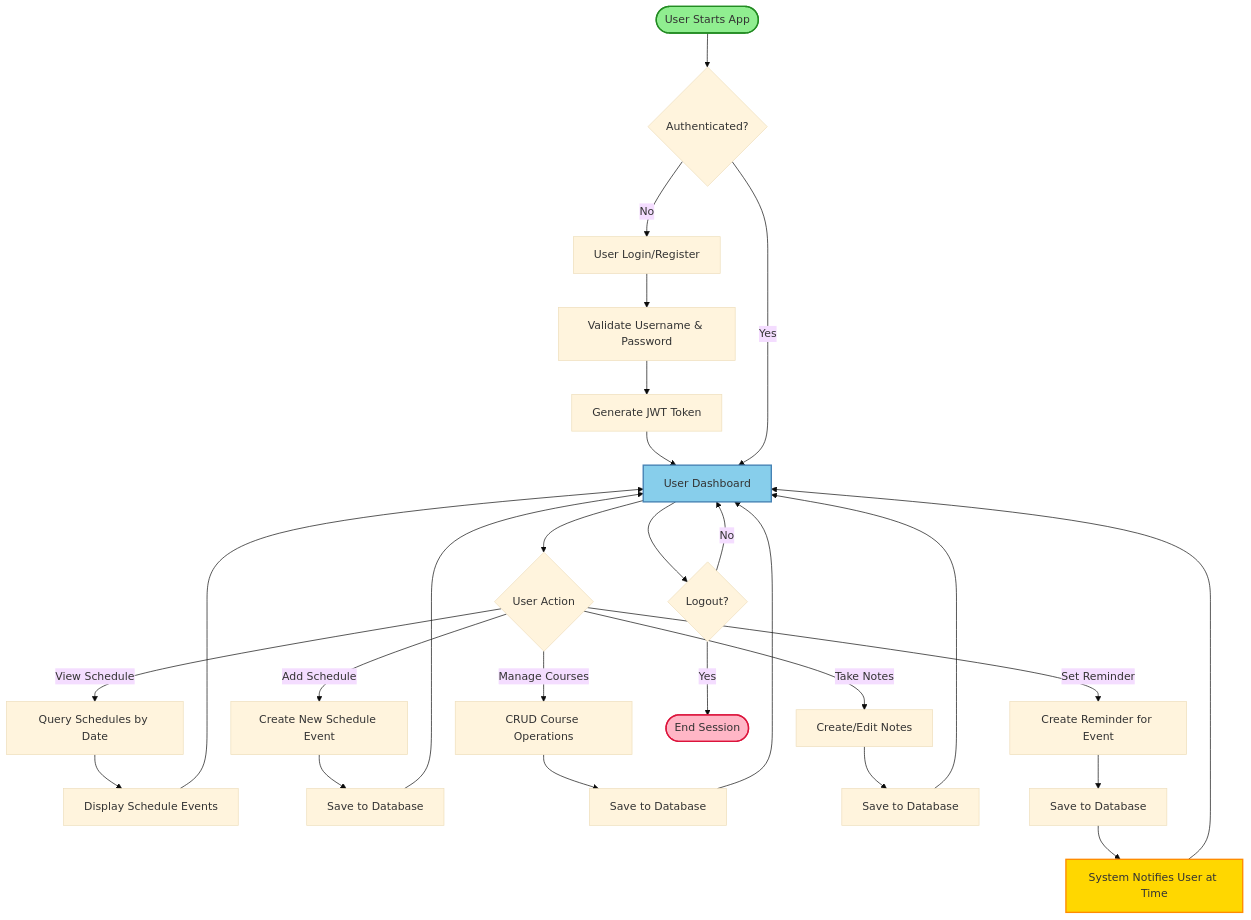
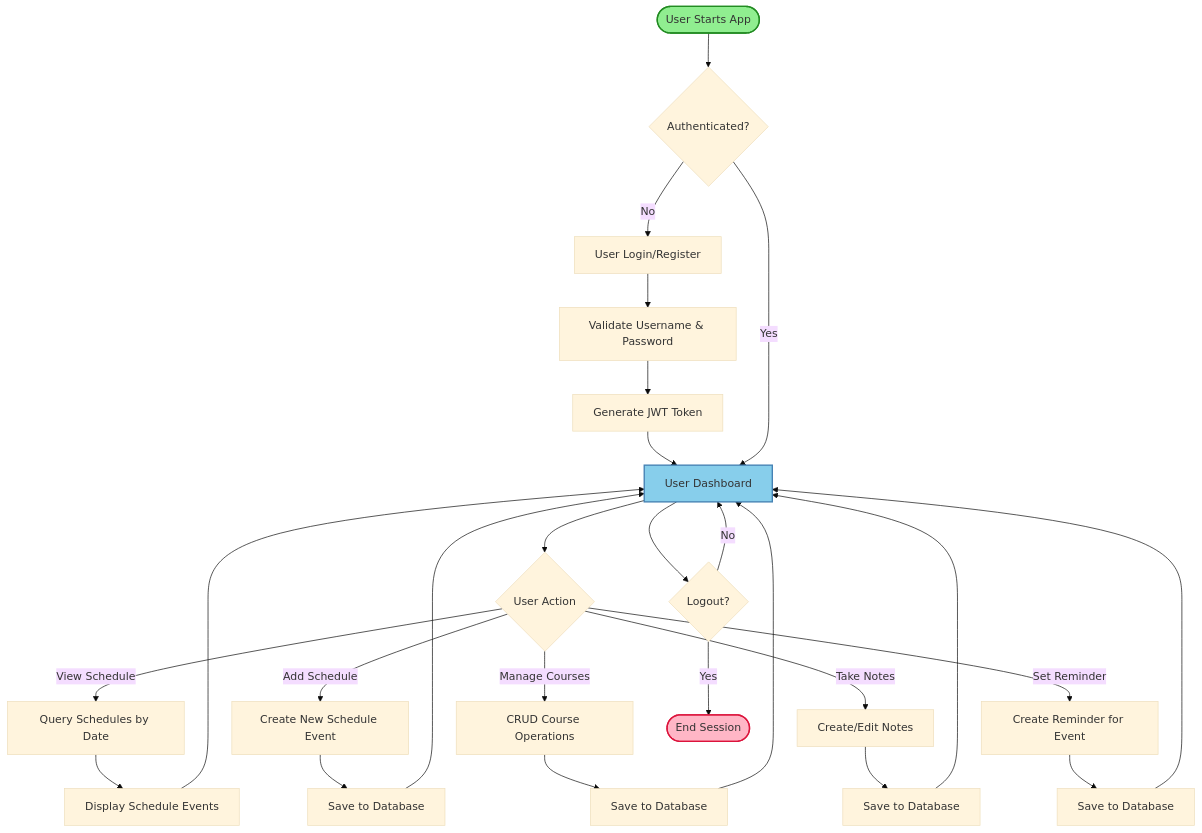
One commit to Dan5N/Chronify_back-end changed the second of 12 diagrams in chronify_system_models_back-end.md. Above: the diagram before and after it, drawn with Mermaid (base theme). The commit also changed other lines of this file and 1 other file, not shown here.

````diff
--- a/chronify_system_models_back-end.md
+++ b/chronify_system_models_back-end.md
@@ -53,41 +51,39 @@
 ```mermaid
 graph TD
     Start([User Starts App]) --> Auth{Authenticated?}
     Auth -->|No| Login[User Login/Register]
     Login --> ValidateUser[Validate Username & Password]
     ValidateUser --> GenerateToken[Generate JWT Token]
     GenerateToken --> Dashboard[User Dashboard]
     Auth -->|Yes| Dashboard
-    
+  
     Dashboard --> Choice{User Action}
-    
+  
     Choice -->|View Schedule| ViewSchedule[Query Schedules by Date]
     ViewSchedule --> DisplaySchedule[Display Schedule Events]
     DisplaySchedule --> Dashboard
-    
+  
     Choice -->|Add Schedule| AddSchedule[Create New Schedule Event]
     AddSchedule --> SaveToDB[Save to Database]
     SaveToDB --> Dashboard
-    
+  
     Choice -->|Manage Courses| ManageCourses[CRUD Course Operations]
     ManageCourses --> SaveCourse[Save to Database]
     SaveCourse --> Dashboard
-    
+  
     Choice -->|Take Notes| TakeNotes[Create/Edit Notes]
     TakeNotes --> SaveNotes[Save to Database]
     SaveNotes --> Dashboard
-    
+  
     Choice -->|Set Reminder| SetReminder[Create Reminder for Event]
     SetReminder --> SaveReminder[Save to Database]
-    SaveReminder --> NotifyUser[System Notifies User at Time]
-    NotifyUser --> Dashboard
-    
+    SaveReminder --> Dashboard
+  
     Dashboard --> Logout{Logout?}
     Logout -->|Yes| End([End Session])
     Logout -->|No| Dashboard
-    
+  
     style Start fill:#90EE90,stroke:#228B22,stroke-width:2px
     style End fill:#FFB6C6,stroke:#DC143C,stroke-width:2px
     style Dashboard fill:#87CEEB,stroke:#4682B4,stroke-width:2px
-    style NotifyUser fill:#FFD700,stroke:#FF8C00,stroke-width:2px
 ```
````
